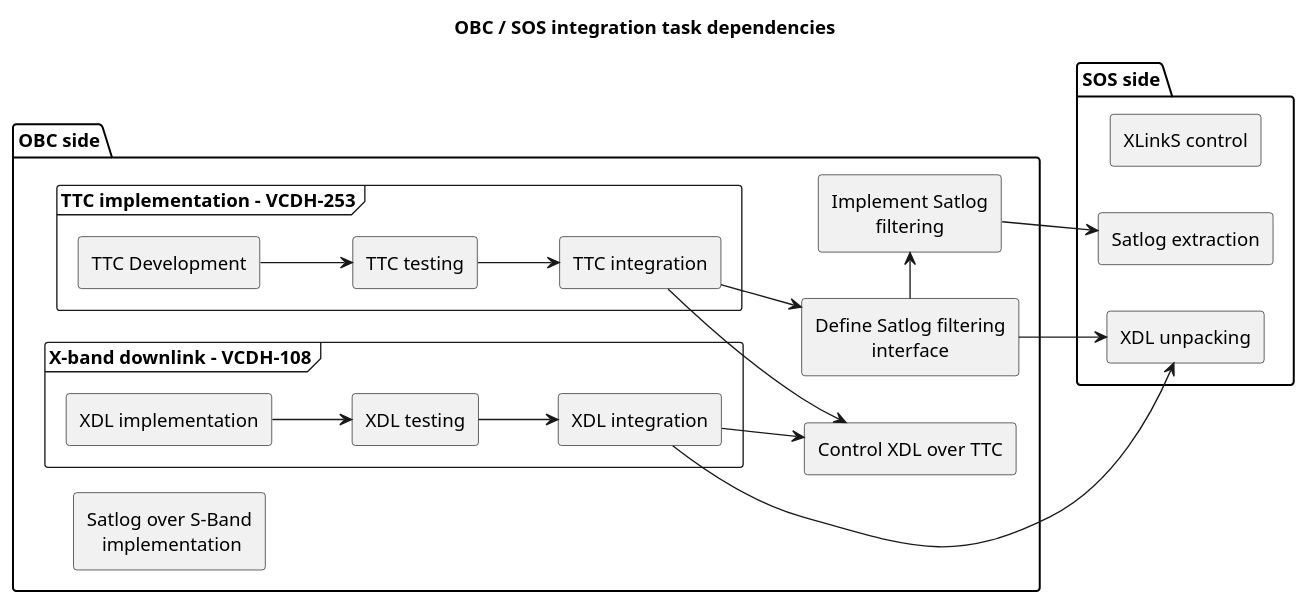
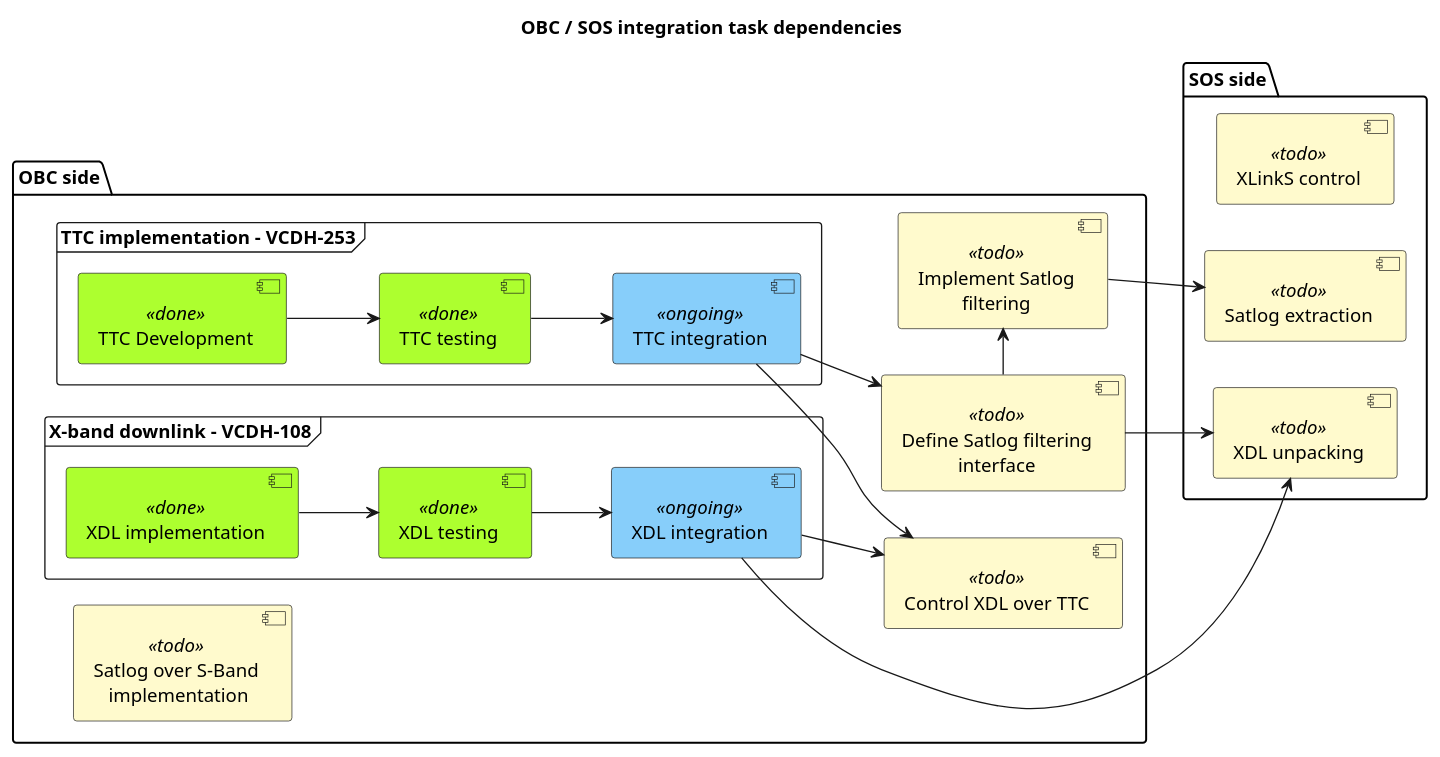
One commit to CaniardF/prj_info_VSB changed the diagram in OBC-SOS_Interface/README.md. Above: the diagram before and after it, drawn with PlantUML.

Commit message:
Added colors to SOS/OBC dependencies

````diff
--- a/OBC-SOS_Interface/README.md
+++ b/OBC-SOS_Interface/README.md
@@ -1,54 +1,56 @@
 ```plantUML
 @startuml obc_sos_dependencies
 
 skinparam DefaultTextAlignment center
-skinparam ComponentStyle rectangle
+skinparam ComponentBackgroundColor<<done>> GreenYellow
+skinparam ComponentBackgroundColor<<ongoing>> LightSkyBlue
+skinparam ComponentBackgroundColor<<todo>> LemonChiffon
 
 left to right direction
 
 title OBC / SOS integration task dependencies
 
 package "OBC side" {
     frame "TTC implementation - VCDH-253" {
-        [TTC Development] as OBC_TTC_dev
-        [TTC testing] as OBC_TTC_test
-        [TTC integration] as OBC_TTC_integ
+        [TTC Development]<<done>> as OBC_TTC_dev
+        [TTC testing]<<done>> as OBC_TTC_test
+        [TTC integration]<<ongoing>> as OBC_TTC_integ
 
         OBC_TTC_dev --> OBC_TTC_test
         OBC_TTC_test --> OBC_TTC_integ
     }
 
     frame "X-band downlink - VCDH-108" {
-        [XDL implementation] as OBC_XDL_impl
-        [XDL testing] as OBC_XDL_test
-        [XDL integration] as OBC_XDL_integ
+        [XDL implementation]<<done>> as OBC_XDL_impl
+        [XDL testing]<<done>> as OBC_XDL_test
+        [XDL integration]<<ongoing>> as OBC_XDL_integ
 
         OBC_XDL_impl --> OBC_XDL_test
         OBC_XDL_test --> OBC_XDL_integ
     }
 
-    [Define Satlog filtering\ninterface] as OBC_Satlog_filter_design
-    [Implement Satlog\nfiltering] as OBC_Satlog_filter_impl
+    [Define Satlog filtering\ninterface]<<todo>> as OBC_Satlog_filter_design
+    [Implement Satlog\nfiltering]<<todo>> as OBC_Satlog_filter_impl
     OBC_Satlog_filter_design -> OBC_Satlog_filter_impl
 
-    [Satlog over S-Band\n implementation]
-    [Control XDL over TTC] as OBC_XDL_over_TTC
+    [Satlog over S-Band\n implementation]<<todo>> as OBC_Satlog_sband
+    [Control XDL over TTC]<<todo>> as OBC_XDL_over_TTC
 
     OBC_TTC_integ --> OBC_XDL_over_TTC
     OBC_XDL_integ --> OBC_XDL_over_TTC
     OBC_TTC_integ --> OBC_Satlog_filter_design
 }
 
 package "SOS side" {
-    [XLinkS control] as SOS_xlinks_control
-    [Satlog extraction] as SOS_satlog_extraction
-    [XDL unpacking] as SOS_XDL_unpacking
+    [XLinkS control]<<todo>> as SOS_xlinks_control
+    [Satlog extraction]<<todo>> as SOS_satlog_extraction
+    [XDL unpacking]<<todo>> as SOS_XDL_unpacking
 }
 
 OBC_Satlog_filter_design --> SOS_XDL_unpacking
 OBC_XDL_integ --> SOS_XDL_unpacking
 OBC_Satlog_filter_impl --> SOS_satlog_extraction
 
 @enduml
 
 ```
````
